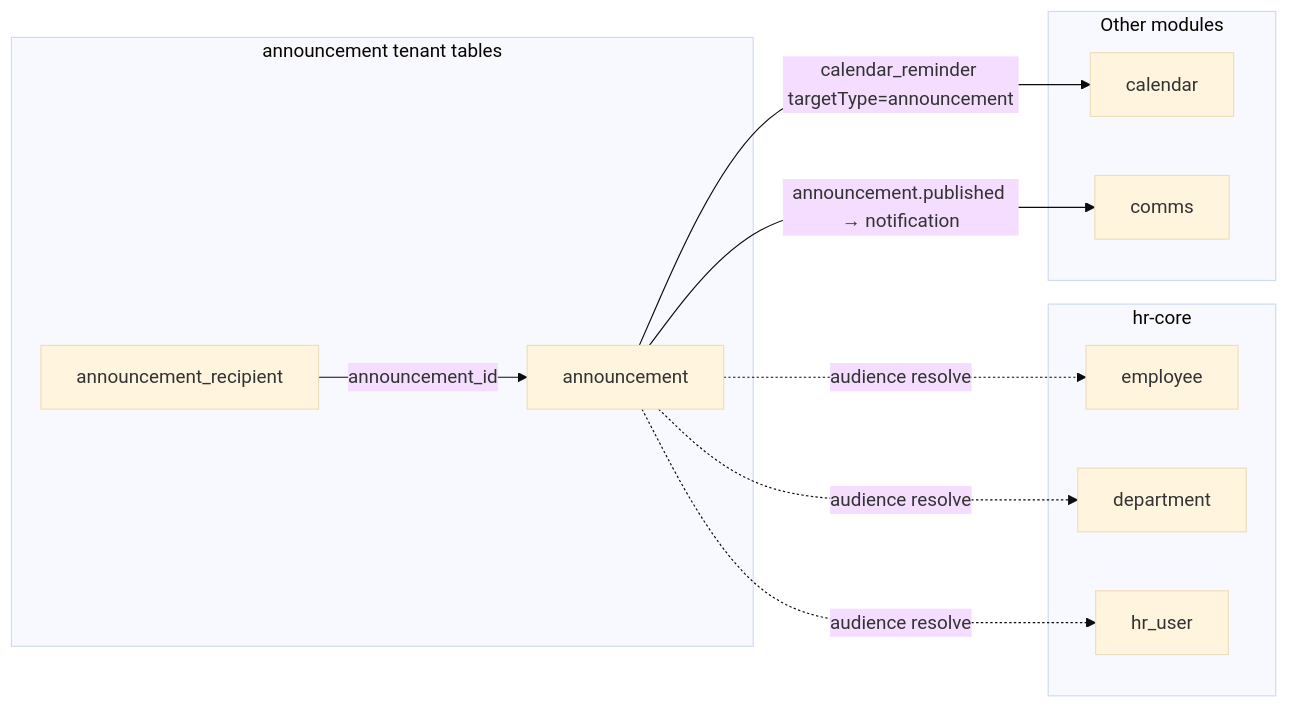
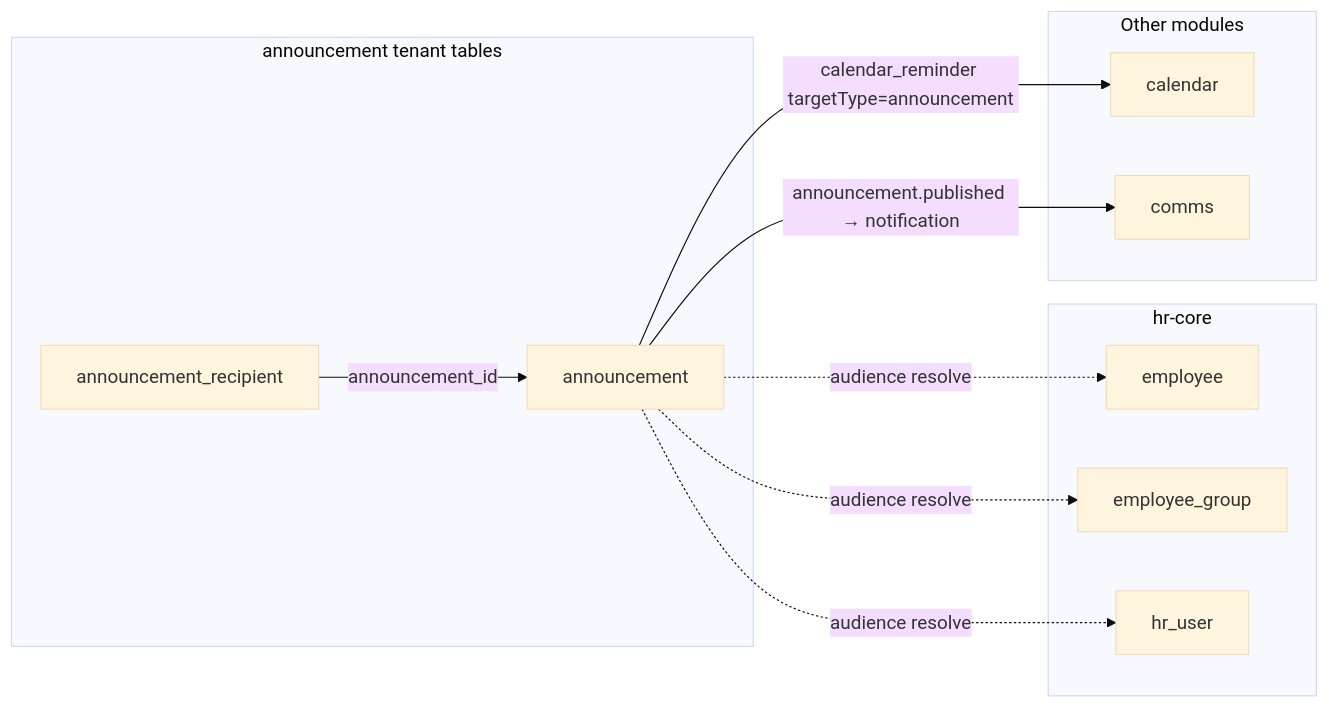
The second of 2 diagrams in packages/announcement/docs/overview.mdx (AdityaBorkar/aspen-os), drawn with Mermaid (base theme) before and after one commit. The commit also changed other lines of this file and 6 other files, not shown here.

````diff
--- a/packages/announcement/docs/overview.mdx
+++ b/packages/announcement/docs/overview.mdx
@@ -83,25 +81,25 @@
 ```mermaid
 flowchart LR
   subgraph hrCore[hr-core]
     EMP[employee]
-    DEPT[department]
+    GRP[employee_group]
     HRU[hr_user]
   end
 
   subgraph announcementDomain[announcement tenant tables]
     ANN[announcement]
     ANNR[announcement_recipient]
   end
 
   subgraph external[Other modules]
     CAL[calendar]
     COMMS[comms]
   end
 
   ANNR -->|announcement_id| ANN
   ANN -. audience resolve .-> EMP
-  ANN -. audience resolve .-> DEPT
+  ANN -. audience resolve .-> GRP
   ANN -. audience resolve .-> HRU
   ANN -->|calendar_reminder targetType=announcement| CAL
   ANN -->|announcement.published → notification| COMMS
 ```
````
